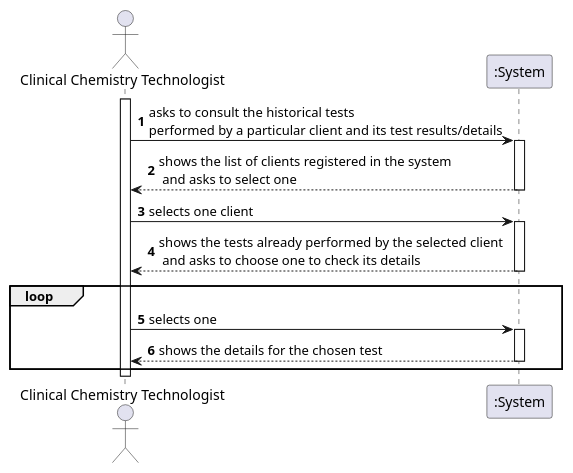
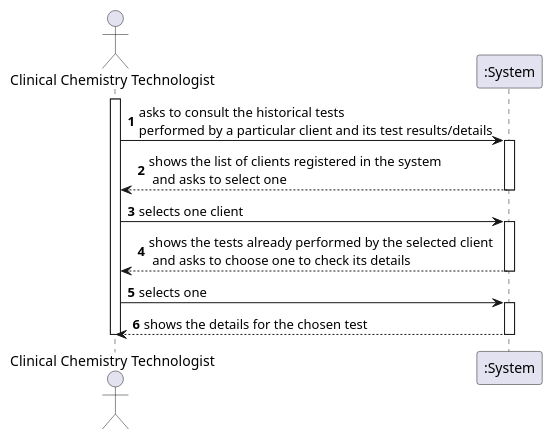
One commit to Pedromaia26/LAPR2-ISEP changed the diagram in docs/SprintD/US13_ConsultTestsPerformed/US013_SSD.puml. Above: the diagram before and after it, drawn with PlantUML.

Commit message:
US013_SSD.puml edited online with Bitbucket

```diff
--- a/docs/SprintD/US13_ConsultTestsPerformed/US013_SSD.puml
+++ b/docs/SprintD/US13_ConsultTestsPerformed/US013_SSD.puml
@@ -1,31 +1,30 @@
 @startuml
 'https://plantuml.com/sequence-diagram
 
 autonumber
 actor "Clinical Chemistry Technologist" as CCT
 participant ":System" as S
 
 activate CCT
 CCT -> S: asks to consult the historical tests \nperformed by a particular client and its test results/details
 activate S
 S --> CCT: shows the list of clients registered in the system\n and asks to select one
 deactivate S
 CCT -> S: selects one client
 activate S
 S --> CCT: shows the tests already performed by the selected client\n and asks to choose one to check its details
 deactivate S
-loop
 CCT -> S: selects one
 activate S
 S --> CCT: shows the details for the chosen test
 deactivate S
-end
+
 
 
 deactivate CCT
 
 
 
 
 
 @enduml
```
